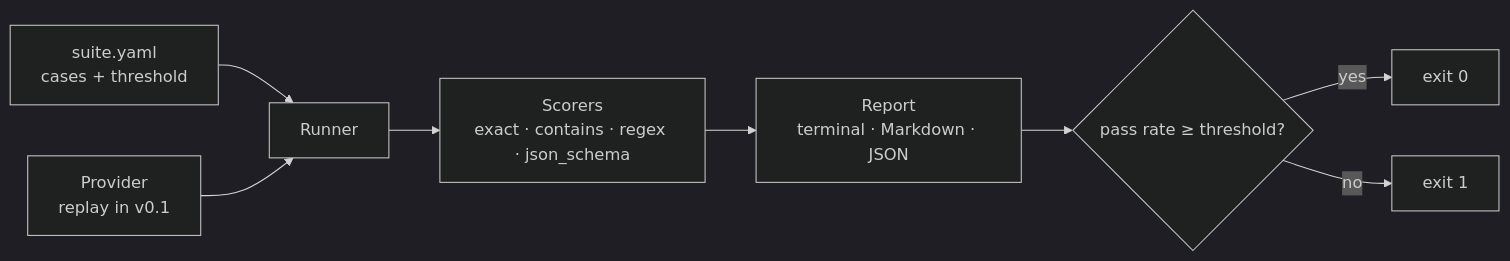
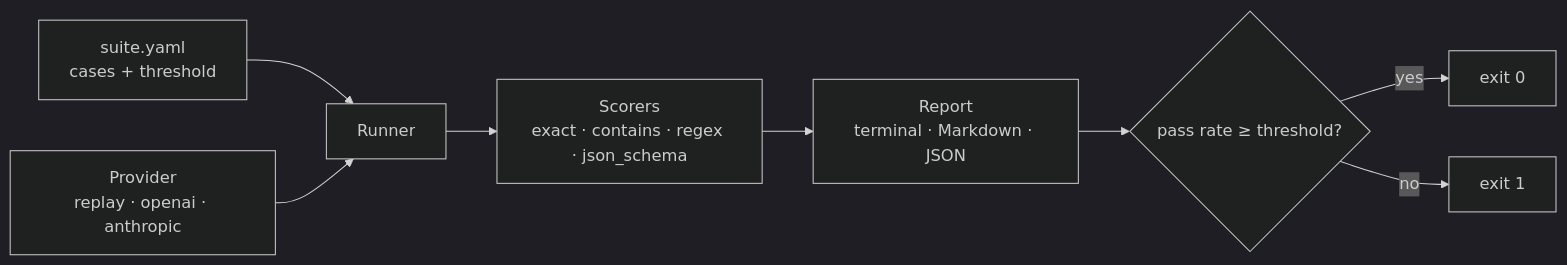
The first of 2 diagrams in README.md (juanmartinezjimenez/agent-evals), drawn with Mermaid (dark theme) before and after one commit. The commit also changed other lines of this file and 3 other files, not shown here.

````diff
--- a/README.md
+++ b/README.md
@@ -29,10 +29,10 @@
 ```mermaid
 flowchart LR
   suite[suite.yaml<br/>cases + threshold] --> runner
-  provider[Provider<br/>replay in v0.1] --> runner
+  provider[Provider<br/>replay · openai · anthropic] --> runner
   runner[Runner] --> scorers[Scorers<br/>exact · contains · regex · json_schema]
   scorers --> report[Report<br/>terminal · Markdown · JSON]
   report --> exit{pass rate ≥ threshold?}
   exit -- yes --> ok[exit 0]
   exit -- no --> fail[exit 1]
 ```
````
